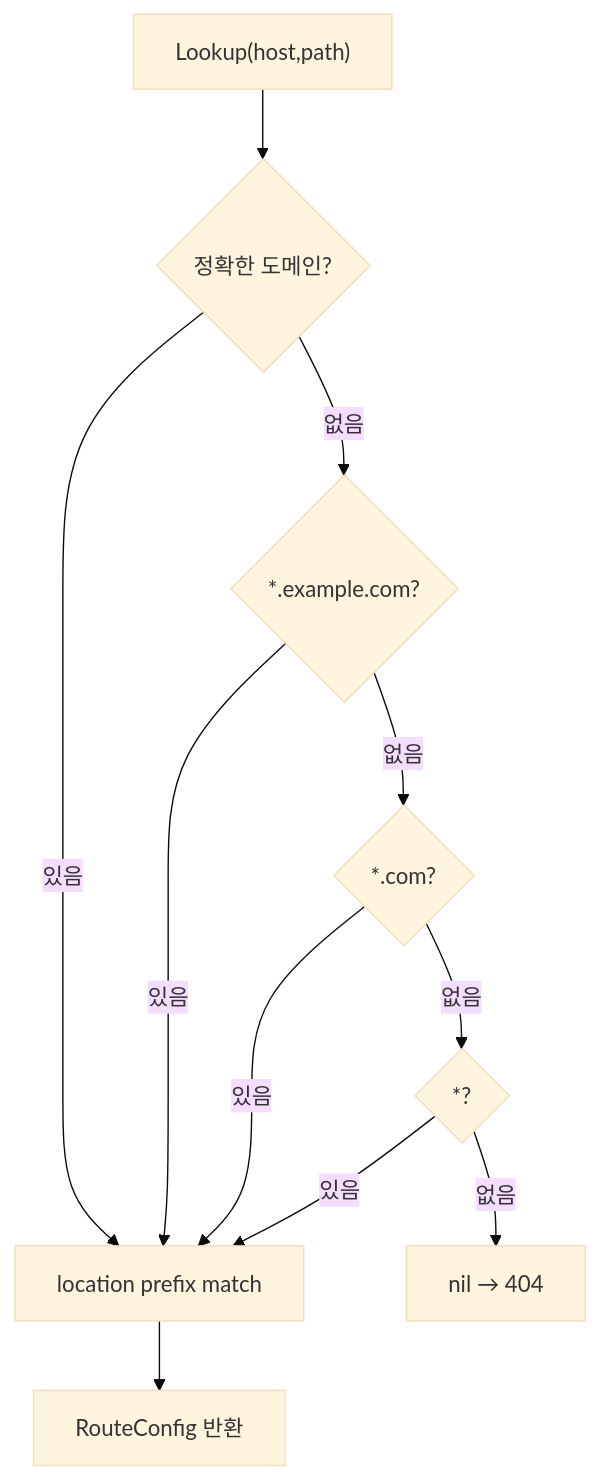
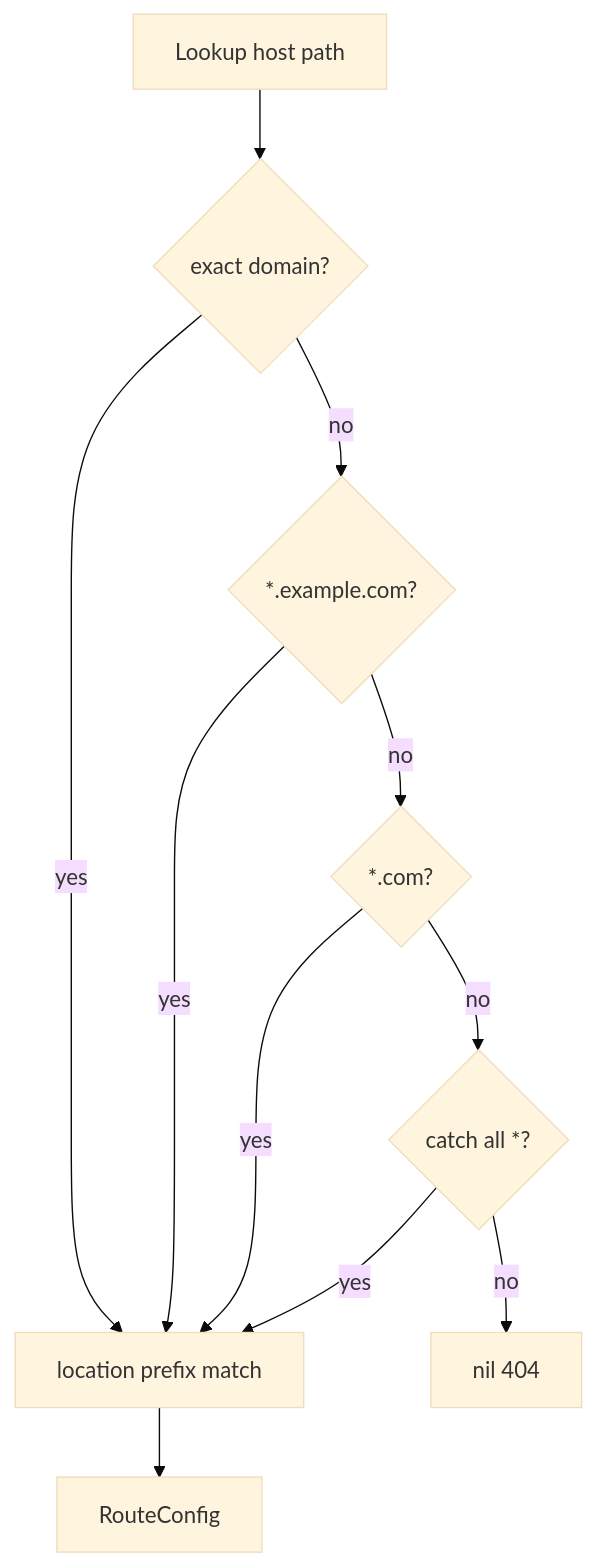
The third of 6 diagrams in docs/architecture/bridge-layer.md (cagojeiger/drp), drawn with Mermaid (base theme) before and after one commit. The commit also changed other lines of this file and 3 other files, not shown here.

First line of the commit message:
fix(docs): rewrite all Mermaid diagrams for VS Code compatibility

````diff
--- a/docs/architecture/bridge-layer.md
+++ b/docs/architecture/bridge-layer.md
@@ -67,13 +65,13 @@
 ```mermaid
 flowchart TD
-    Start["Lookup(host,path)"] --> Exact{정확한 도메인?}
-    Exact -->|있음| Match[location prefix match]
-    Exact -->|없음| Wild1{"*.example.com?"}
-    Wild1 -->|있음| Match
-    Wild1 -->|없음| Wild2{"*.com?"}
-    Wild2 -->|있음| Match
-    Wild2 -->|없음| Wild3{"*?"}
-    Wild3 -->|있음| Match
-    Wild3 -->|없음| NotFound[nil → 404]
-    Match --> Found[RouteConfig 반환]
+    Start["Lookup host path"] --> Exact{"exact domain?"}
+    Exact -->|"yes"| Match["location prefix match"]
+    Exact -->|"no"| Wild1{"*.example.com?"}
+    Wild1 -->|"yes"| Match
+    Wild1 -->|"no"| Wild2{"*.com?"}
+    Wild2 -->|"yes"| Match
+    Wild2 -->|"no"| Wild3{"catch all *?"}
+    Wild3 -->|"yes"| Match
+    Wild3 -->|"no"| NotFound["nil 404"]
+    Match --> Found["RouteConfig"]
 ```
````
